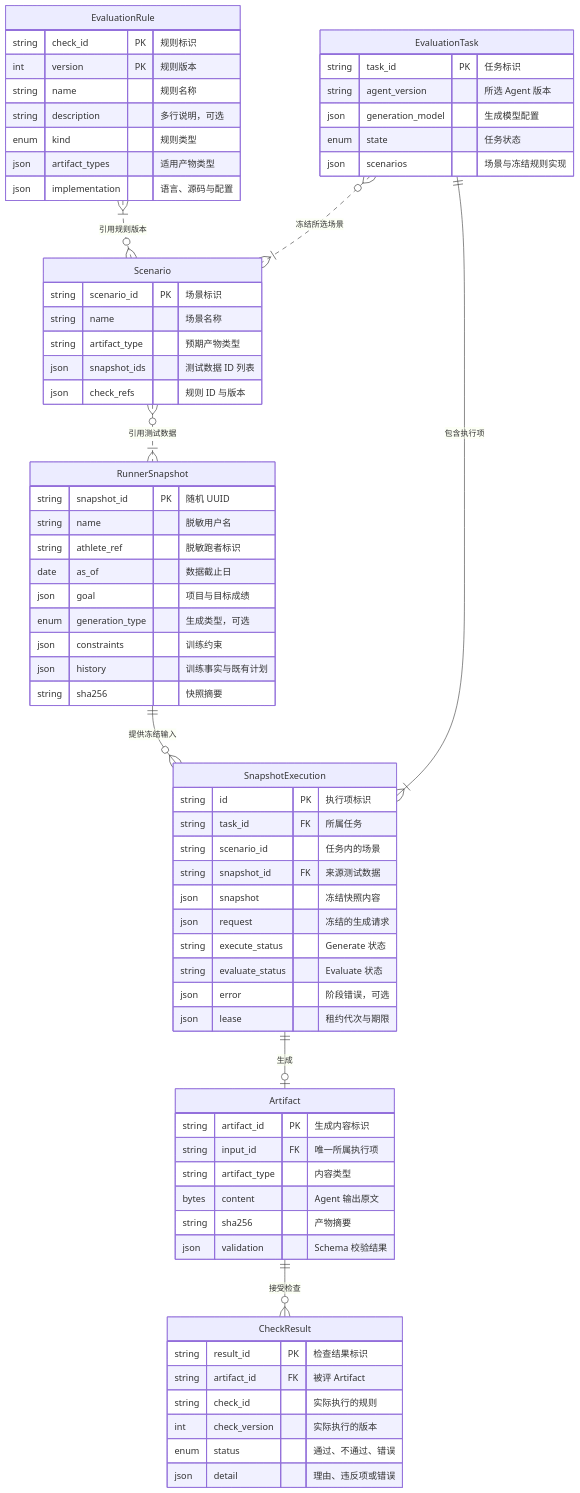
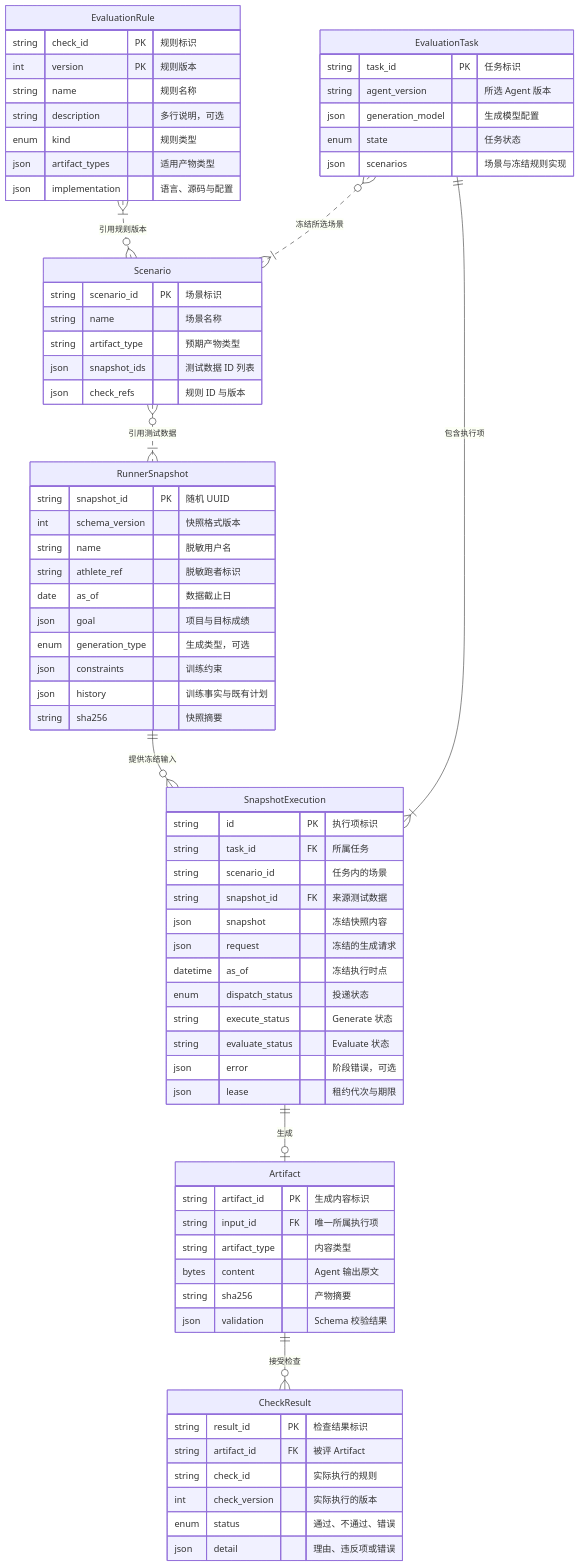
One commit to zhaochy1990/running changed the second of 2 diagrams in docs/superpowers/specs/2026-11-23-offline-plan-eval.md. Above: the diagram before and after it, drawn with Mermaid. The commit also changed other lines of this file and 1 other file, not shown here.

````diff
--- a/docs/superpowers/specs/2026-11-23-offline-plan-eval.md
+++ b/docs/superpowers/specs/2026-11-23-offline-plan-eval.md
@@ -205,72 +234,75 @@
 ```mermaid
 erDiagram
     EvaluationRule {
         string check_id PK "规则标识"
         int version PK "规则版本"
         string name "规则名称"
         string description "多行说明，可选"
         enum kind "规则类型"
         json artifact_types "适用产物类型"
         json implementation "语言、源码与配置"
     }
     Scenario {
         string scenario_id PK "场景标识"
         string name "场景名称"
         string artifact_type "预期产物类型"
         json snapshot_ids "测试数据 ID 列表"
         json check_refs "规则 ID 与版本"
     }
     RunnerSnapshot {
         string snapshot_id PK "随机 UUID"
+        int schema_version "快照格式版本"
         string name "脱敏用户名"
         string athlete_ref "脱敏跑者标识"
         date as_of "数据截止日"
         json goal "项目与目标成绩"
         enum generation_type "生成类型，可选"
         json constraints "训练约束"
         json history "训练事实与既有计划"
         string sha256 "快照摘要"
     }
     EvaluationTask {
         string task_id PK "任务标识"
         string agent_version "所选 Agent 版本"
         json generation_model "生成模型配置"
         enum state "任务状态"
         json scenarios "场景与冻结规则实现"
     }
     SnapshotExecution {
         string id PK "执行项标识"
         string task_id FK "所属任务"
         string scenario_id "任务内的场景"
         string snapshot_id FK "来源测试数据"
         json snapshot "冻结快照内容"
         json request "冻结的生成请求"
+        datetime as_of "冻结执行时点"
+        enum dispatch_status "投递状态"
         string execute_status "Generate 状态"
         string evaluate_status "Evaluate 状态"
         json error "阶段错误，可选"
         json lease "租约代次与期限"
     }
     Artifact {
         string artifact_id PK "生成内容标识"
         string input_id FK "唯一所属执行项"
         string artifact_type "内容类型"
         bytes content "Agent 输出原文"
         string sha256 "产物摘要"
         json validation "Schema 校验结果"
     }
     CheckResult {
         string result_id PK "检查结果标识"
         string artifact_id FK "被评 Artifact"
         string check_id "实际执行的规则"
         int check_version "实际执行的版本"
         enum status "通过、不通过、错误"
         json detail "理由、违反项或错误"
     }
     EvaluationRule }|..o{ Scenario : "引用规则版本"
     Scenario }o..|{ RunnerSnapshot : "引用测试数据"
     EvaluationTask }o..|{ Scenario : "冻结所选场景"
     EvaluationTask ||--|{ SnapshotExecution : "包含执行项"
     RunnerSnapshot ||--o{ SnapshotExecution : "提供冻结输入"
     SnapshotExecution ||--o| Artifact : "生成"
     Artifact ||--o{ CheckResult : "接受检查"
 ```
````
